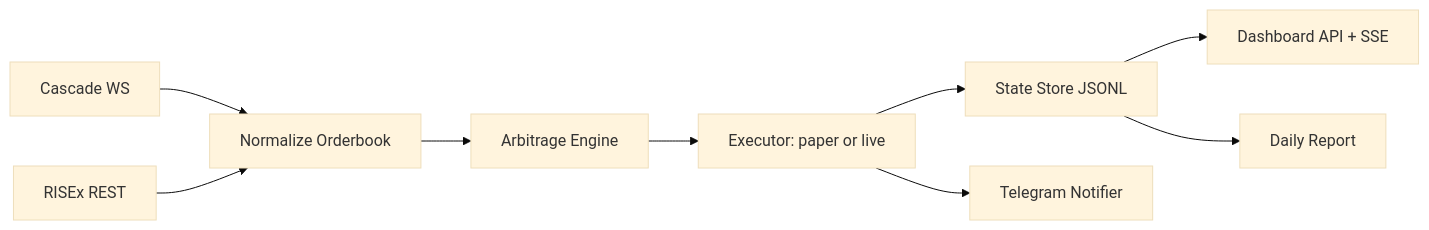
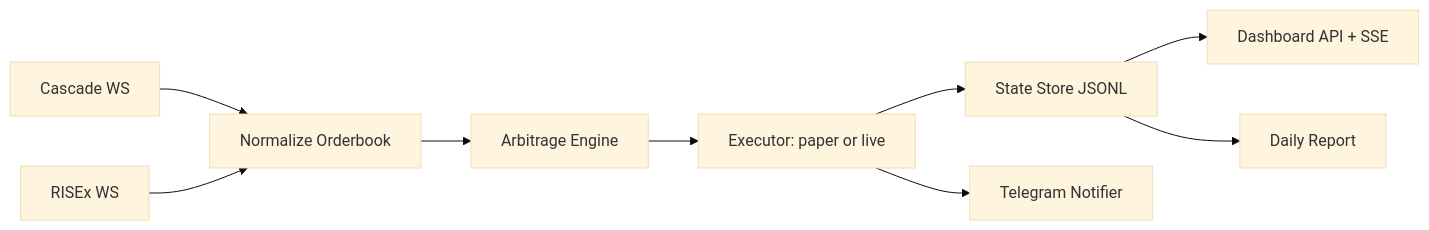
The diagram in docs/architecture.md (myungjungcrypto/autotrading_btc_eth), drawn with Mermaid (base theme) before and after one commit. The commit also changed other lines of this file and 8 other files, not shown here.

````diff
--- a/docs/architecture.md
+++ b/docs/architecture.md
@@ -32,11 +32,11 @@
 ```mermaid
 flowchart LR
   C["Cascade WS"] --> N["Normalize Orderbook"]
-  R["RISEx REST"] --> N
+  R["RISEx WS"] --> N
   N --> E["Arbitrage Engine"]
   E --> X["Executor: paper or live"]
   X --> S["State Store JSONL"]
   S --> D["Dashboard API + SSE"]
   S --> P["Daily Report"]
   X --> T["Telegram Notifier"]
 ```
````
